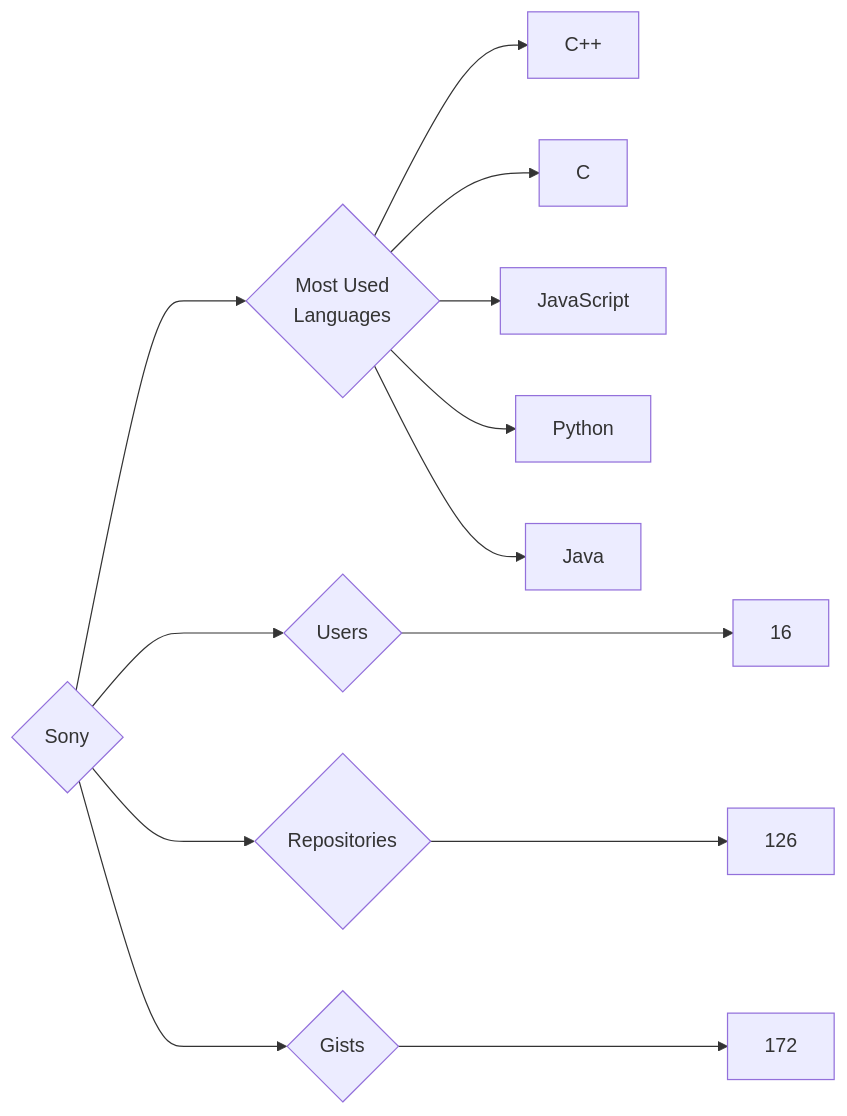
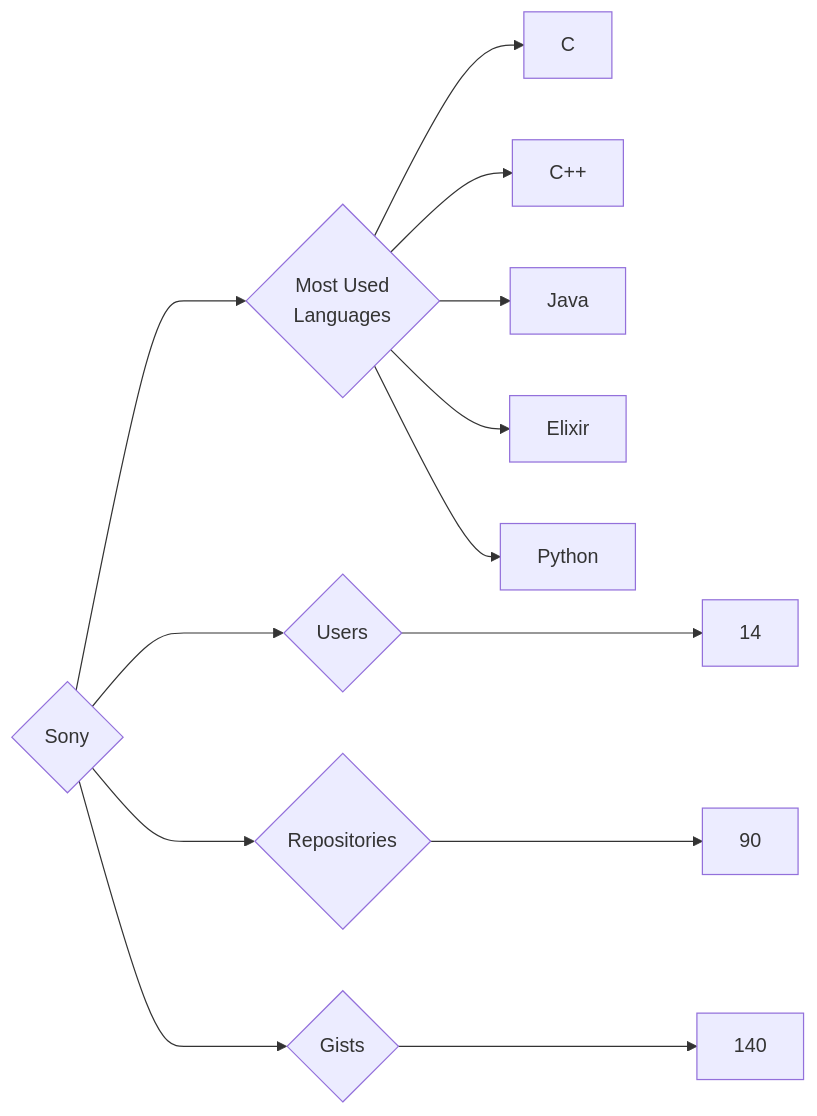
Before and after one commit to trickest/insiders: the diagram in targets/Sony/README.md, drawn with Mermaid. The commit also changed 1508 other files, not shown here.

````diff
--- a/targets/Sony/README.md
+++ b/targets/Sony/README.md
@@ -3,13 +3,13 @@
 ```mermaid
 graph LR
 COMPANY_NAME{Sony}
-COMPANY_NAME ---> U{Users} ---> UN[16]
-COMPANY_NAME ---> R{Repositories} ---> RN[126]
-COMPANY_NAME ---> G{Gists} ---> GN[172]
+COMPANY_NAME ---> U{Users} ---> UN[14]
+COMPANY_NAME ---> R{Repositories} ---> RN[90]
+COMPANY_NAME ---> G{Gists} ---> GN[140]
 COMPANY_NAME ---> ML{Most Used<br>Languages}
+ML --> C[C]
 ML --> C++[C++]
-ML --> C[C]
-ML --> JavaScript[JavaScript]
+ML --> Java[Java]
+ML --> Elixir[Elixir]
 ML --> Python[Python]
-ML --> Java[Java]
 ```
````
